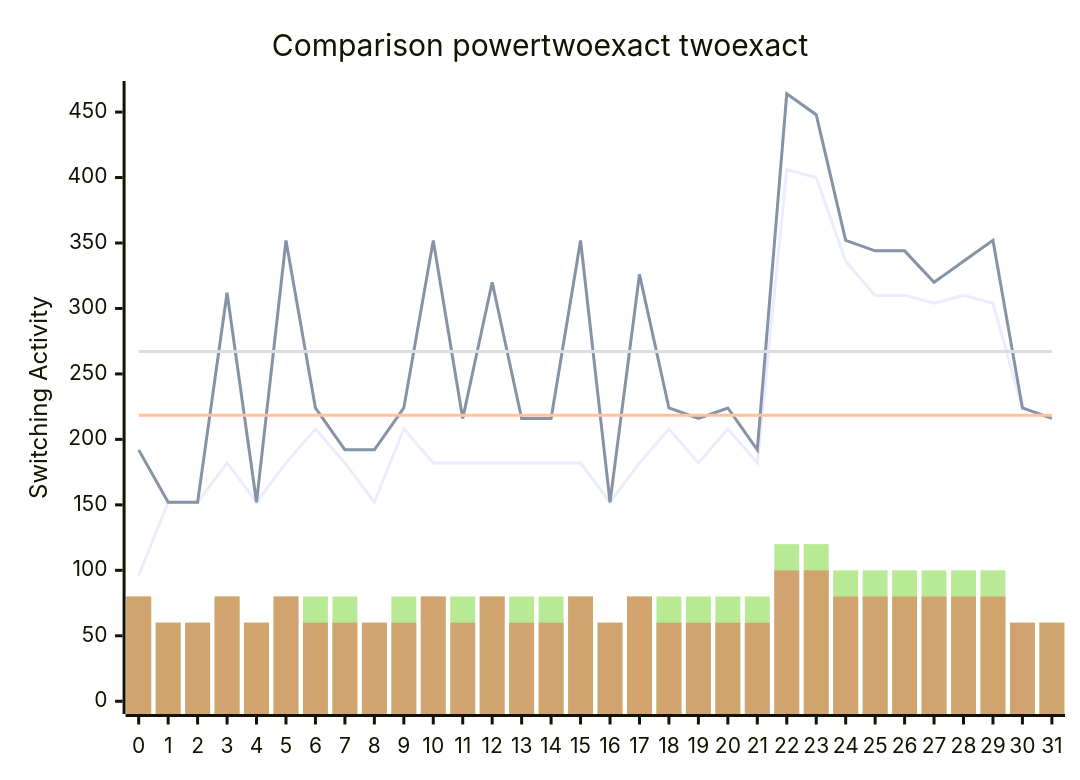
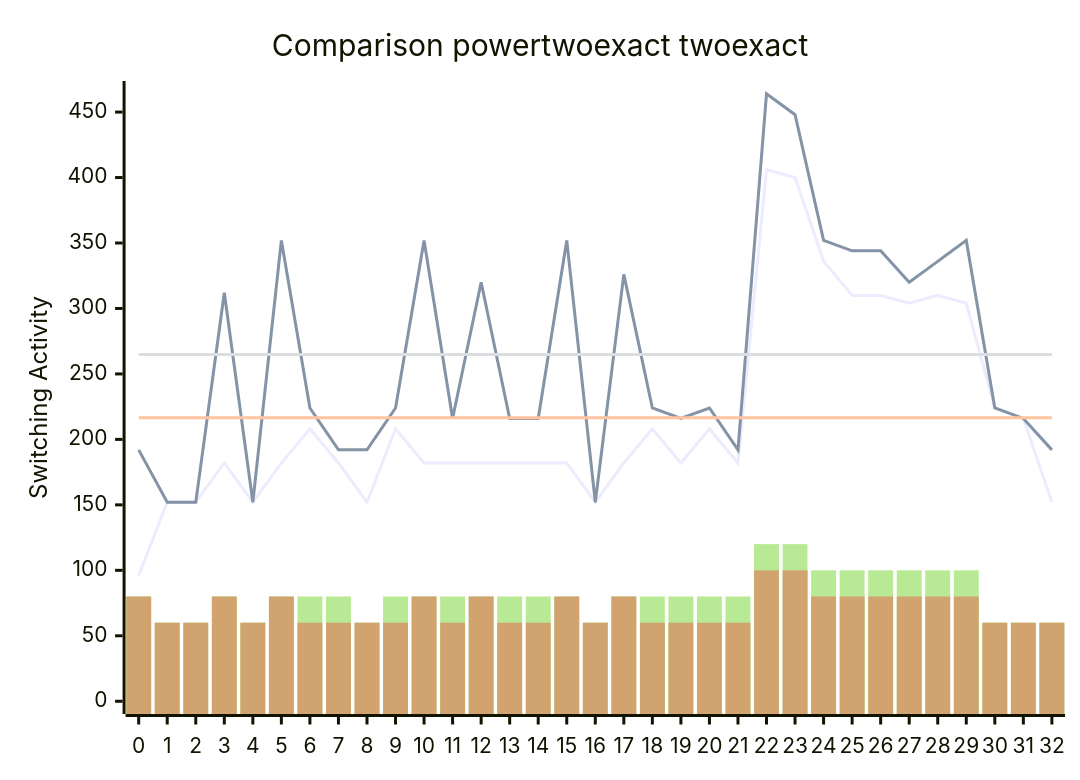
Before and after one commit to FeldmeierMichael/Exact-Power-Synthesis: the diagram in benchmark.md, drawn with Mermaid. The commit also changed other lines of this file and 2 other files, not shown here.

````diff
--- a/benchmark.md
+++ b/benchmark.md
@@ -65,12 +67,12 @@
 ```mermaid
 xychart-beta
     title "Comparison powertwoexact twoexact"
-    x-axis [0, 1, 2, 3, 4, 5, 6, 7, 8, 9, 10, 11, 12, 13, 14, 15, 16, 17, 18, 19, 20, 21, 22, 23, 24, 25, 26, 27, 28, 29, 30, 31]
+    x-axis [0, 1, 2, 3, 4, 5, 6, 7, 8, 9, 10, 11, 12, 13, 14, 15, 16, 17, 18, 19, 20, 21, 22, 23, 24, 25, 26, 27, 28, 29, 30, 31, 32]
     y-axis "Switching Activity" 0-->464
-    line [96, 152, 152, 182, 152, 182, 208, 182, 152, 208, 182, 182, 182, 182, 182, 182, 152, 182, 208, 182, 208, 182, 406, 400, 336, 310, 310, 304, 310, 304, 224, 216]
-    line [192, 152, 152, 312, 152, 352, 224, 192, 192, 224, 352, 216, 320, 216, 216, 352, 152, 326, 224, 216, 224, 192, 464, 448, 352, 344, 344, 320, 336, 352, 224, 216]
-    line [218.5, 218.5, 218.5, 218.5, 218.5, 218.5, 218.5, 218.5, 218.5, 218.5, 218.5, 218.5, 218.5, 218.5, 218.5, 218.5, 218.5, 218.5, 218.5, 218.5, 218.5, 218.5, 218.5, 218.5, 218.5, 218.5, 218.5, 218.5, 218.5, 218.5, 218.5, 218.5]
-    line [267.1875, 267.1875, 267.1875, 267.1875, 267.1875, 267.1875, 267.1875, 267.1875, 267.1875, 267.1875, 267.1875, 267.1875, 267.1875, 267.1875, 267.1875, 267.1875, 267.1875, 267.1875, 267.1875, 267.1875, 267.1875, 267.1875, 267.1875, 267.1875, 267.1875, 267.1875, 267.1875, 267.1875, 267.1875, 267.1875, 267.1875, 267.1875]
-    bar [80, 60, 60, 80, 60, 80, 80, 80, 60, 80, 80, 80, 80, 80, 80, 80, 60, 80, 80, 80, 80, 80, 120, 120, 100, 100, 100, 100, 100, 100, 60, 60]
-    bar [80, 60, 60, 80, 60, 80, 60, 60, 60, 60, 80, 60, 80, 60, 60, 80, 60, 80, 60, 60, 60, 60, 100, 100, 80, 80, 80, 80, 80, 80, 60, 60]
+    line [96, 152, 152, 182, 152, 182, 208, 182, 152, 208, 182, 182, 182, 182, 182, 182, 152, 182, 208, 182, 208, 182, 406, 400, 336, 310, 310, 304, 310, 304, 224, 216, 152]
+    line [192, 152, 152, 312, 152, 352, 224, 192, 192, 224, 352, 216, 320, 216, 216, 352, 152, 326, 224, 216, 224, 192, 464, 448, 352, 344, 344, 320, 336, 352, 224, 216, 192]
+    line [216.4848484848485, 216.4848484848485, 216.4848484848485, 216.4848484848485, 216.4848484848485, 216.4848484848485, 216.4848484848485, 216.4848484848485, 216.4848484848485, 216.4848484848485, 216.4848484848485, 216.4848484848485, 216.4848484848485, 216.4848484848485, 216.4848484848485, 216.4848484848485, 216.4848484848485, 216.4848484848485, 216.4848484848485, 216.4848484848485, 216.4848484848485, 216.4848484848485, 216.4848484848485, 216.4848484848485, 216.4848484848485, 216.4848484848485, 216.4848484848485, 216.4848484848485, 216.4848484848485, 216.4848484848485, 216.4848484848485, 216.4848484848485, 216.4848484848485]
+    line [264.90909090909093, 264.90909090909093, 264.90909090909093, 264.90909090909093, 264.90909090909093, 264.90909090909093, 264.90909090909093, 264.90909090909093, 264.90909090909093, 264.90909090909093, 264.90909090909093, 264.90909090909093, 264.90909090909093, 264.90909090909093, 264.90909090909093, 264.90909090909093, 264.90909090909093, 264.90909090909093, 264.90909090909093, 264.90909090909093, 264.90909090909093, 264.90909090909093, 264.90909090909093, 264.90909090909093, 264.90909090909093, 264.90909090909093, 264.90909090909093, 264.90909090909093, 264.90909090909093, 264.90909090909093, 264.90909090909093, 264.90909090909093, 264.90909090909093]
+    bar [80, 60, 60, 80, 60, 80, 80, 80, 60, 80, 80, 80, 80, 80, 80, 80, 60, 80, 80, 80, 80, 80, 120, 120, 100, 100, 100, 100, 100, 100, 60, 60, 60]
+    bar [80, 60, 60, 80, 60, 80, 60, 60, 60, 60, 80, 60, 80, 60, 60, 80, 60, 80, 60, 60, 60, 60, 100, 100, 80, 80, 80, 80, 80, 80, 60, 60, 60]
 ```
````
